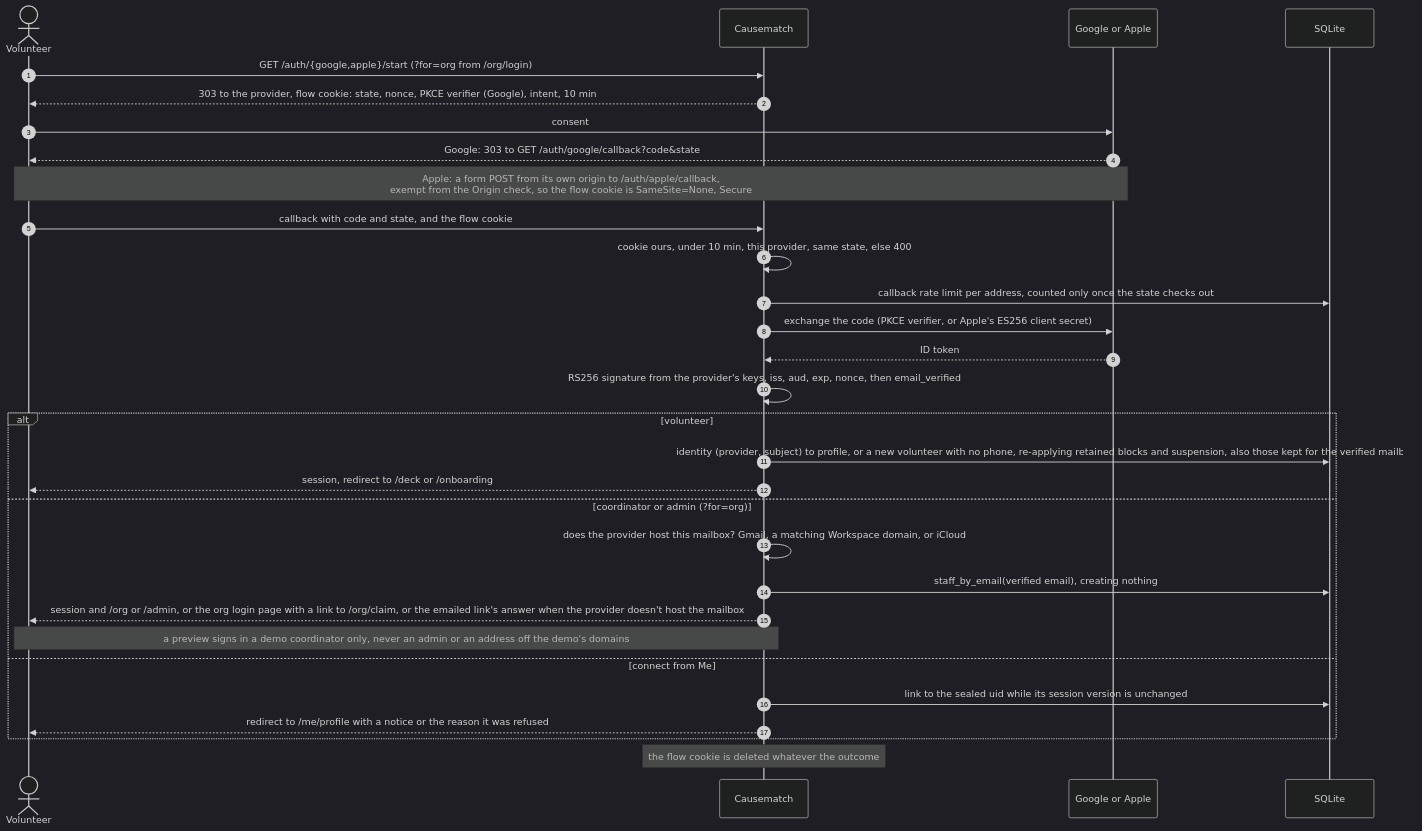
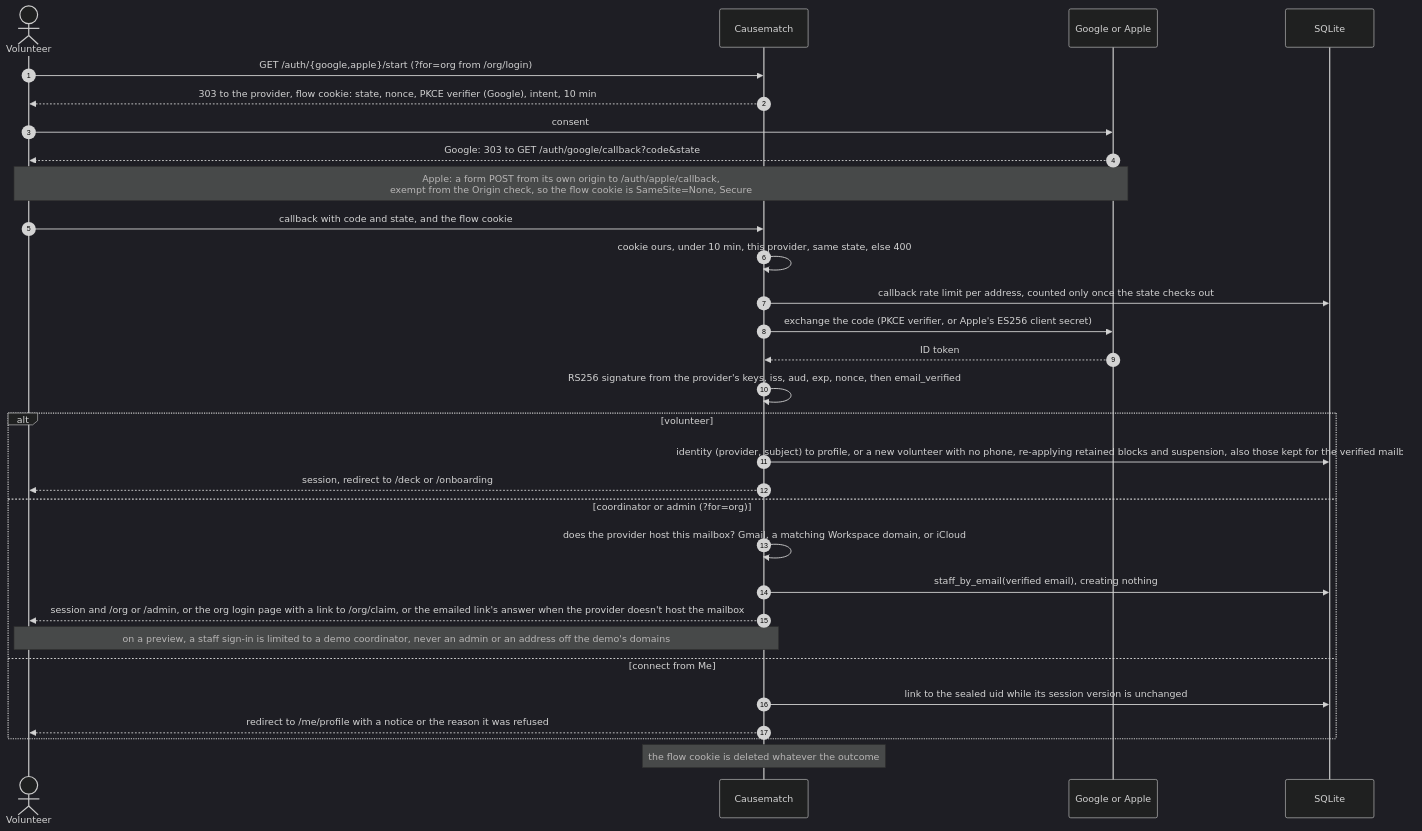
One commit to slegroux/causematch changed diagram 17 of 26 in docs/ARCHITECTURE.md. Above: the diagram before and after it, drawn with Mermaid (dark theme). The commit also changed other lines of this file, not shown here.

Commit message:
Architecture doc: fixes from review (sign-in edge cases, email sending paths, preview limits, migrations wording)

````diff
--- a/docs/ARCHITECTURE.md
+++ b/docs/ARCHITECTURE.md
@@ -1032,33 +1037,33 @@
 ```mermaid
 sequenceDiagram
     autonumber
     actor V as Volunteer
     participant A as Causematch
     participant P as Google or Apple
     participant DB as SQLite
 
     V->>A: GET /auth/{google,apple}/start (?for=org from /org/login)
     A-->>V: 303 to the provider, flow cookie: state, nonce, PKCE verifier (Google), intent, 10 min
     V->>P: consent
     P-->>V: Google: 303 to GET /auth/google/callback?code&state
     Note over P,V: Apple: a form POST from its own origin to /auth/apple/callback,<br/>exempt from the Origin check, so the flow cookie is SameSite=None, Secure
     V->>A: callback with code and state, and the flow cookie
     A->>A: cookie ours, under 10 min, this provider, same state, else 400
     A->>DB: callback rate limit per address, counted only once the state checks out
     A->>P: exchange the code (PKCE verifier, or Apple's ES256 client secret)
     P-->>A: ID token
     A->>A: RS256 signature from the provider's keys, iss, aud, exp, nonce, then email_verified
     alt volunteer
         A->>DB: identity (provider, subject) to profile, or a new volunteer with no phone, re-applying retained blocks and suspension, also those kept for the verified mailbox
         A-->>V: session, redirect to /deck or /onboarding
     else coordinator or admin (?for=org)
         A->>A: does the provider host this mailbox? Gmail, a matching Workspace domain, or iCloud
         A->>DB: staff_by_email(verified email), creating nothing
         A-->>V: session and /org or /admin, or the org login page with a link to /org/claim, or the emailed link's answer when the provider doesn't host the mailbox
-        Note over A,V: a preview signs in a demo coordinator only, never an admin or an address off the demo's domains
+        Note over A,V: on a preview, a staff sign-in is limited to a demo coordinator, never an admin or an address off the demo's domains
     else connect from Me
         A->>DB: link to the sealed uid while its session version is unchanged
         A-->>V: redirect to /me/profile with a notice or the reason it was refused
     end
     Note over A: the flow cookie is deleted whatever the outcome
 ```
````
